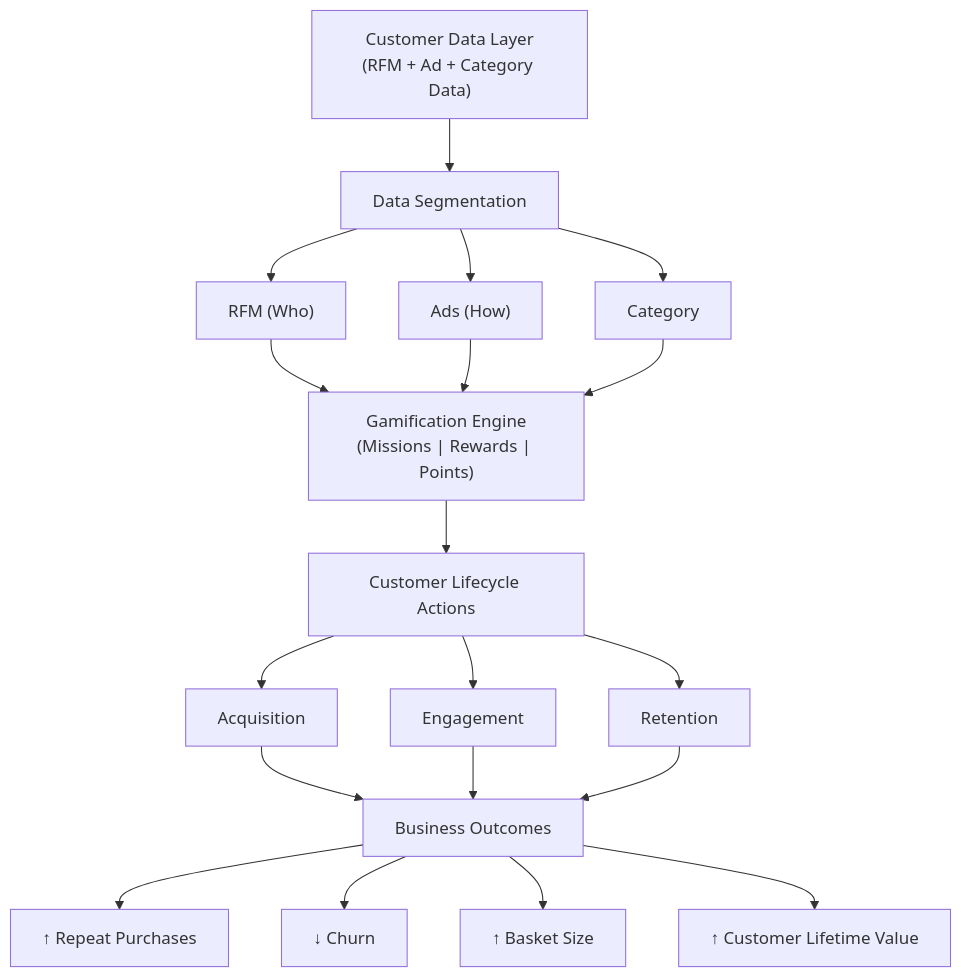
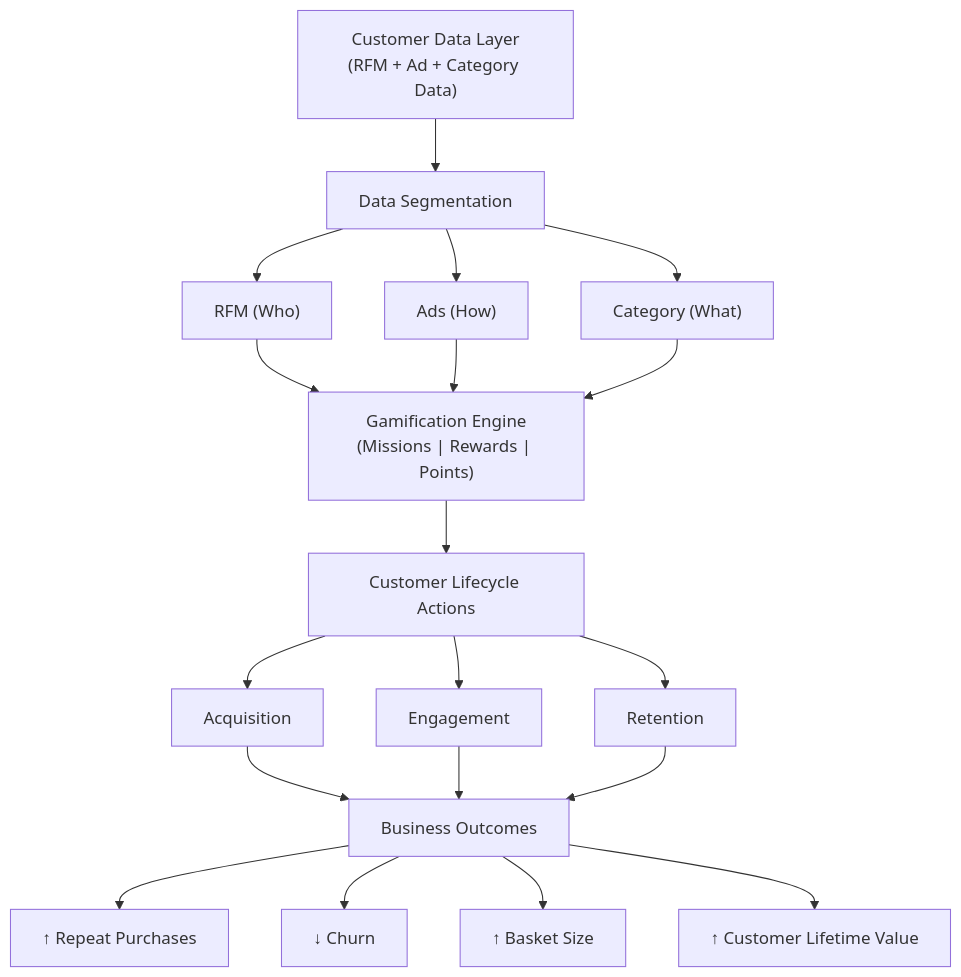
The diagram in README.md (Danu-12/RFM-Analysis), drawn with Mermaid before and after one commit.

````diff
--- a/README.md
+++ b/README.md
@@ -110,27 +110,27 @@
 ```mermaid
 flowchart TD
     A["Customer Data Layer<br/>(RFM + Ad + Category Data)"] --> B["Data Segmentation"]
     
     B --> B1["RFM (Who)"]
     B --> B2["Ads (How)"]
-    B --> B3["Category"]
+    B --> B3["Category (What)"]
 
     B1 --> C["Gamification Engine<br/>(Missions | Rewards | Points)"]
     B2 --> C
     B3 --> C
 
     C --> D["Customer Lifecycle Actions"]
     
     D --> D1["Acquisition"]
     D --> D2["Engagement"]
     D --> D3["Retention"]
 
     D1 --> E["Business Outcomes"]
     D2 --> E
     D3 --> E
 
     E --> E1["↑ Repeat Purchases"]
     E --> E2["↓ Churn"]
     E --> E3["↑ Basket Size"]
     E --> E4["↑ Customer Lifetime Value"]
 ```
````
